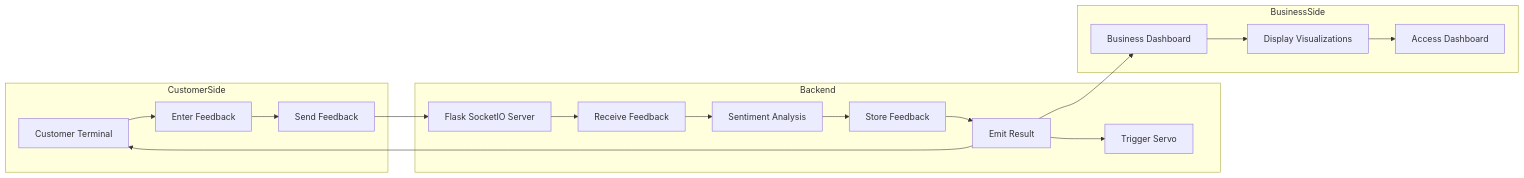
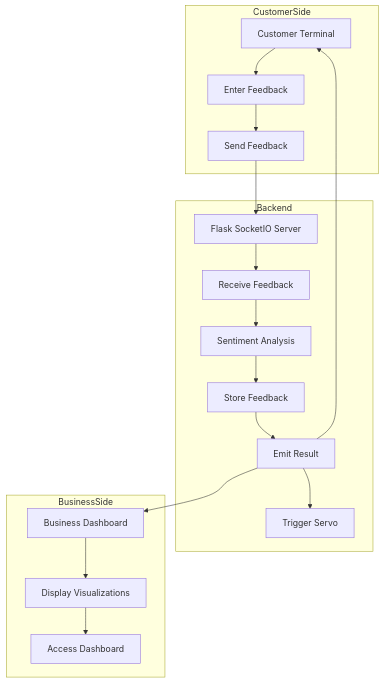
One commit to JesiraeDong/Fortune-Cookies-Dispenser changed the diagram in README.md. Above: the diagram before and after it, drawn with Mermaid.

Commit message:
Update Mermaid diagram to use TD (top-down) layout for better rendering

````diff
--- a/README.md
+++ b/README.md
@@ -16,36 +16,36 @@
 ```mermaid
-graph LR
+graph TD
     subgraph CustomerSide
         CT[Customer Terminal]
         EF[Enter Feedback]
         SF[Send Feedback]
     end
 
     subgraph Backend
         FSS[Flask SocketIO Server]
         RF[Receive Feedback]
         SA[Sentiment Analysis]
         STF[Store Feedback]
         ER[Emit Result]
         TS[Trigger Servo]
     end
 
     subgraph BusinessSide
         BD[Business Dashboard]
         DV[Display Visualizations]
         AD[Access Dashboard]
     end
 
     CT --> EF
     EF --> SF
     SF --> FSS
     FSS --> RF
     RF --> SA
     SA --> STF
     STF --> ER
     ER --> TS
     ER --> BD
     BD --> DV
     DV --> AD
     ER --> CT
 ```
````
